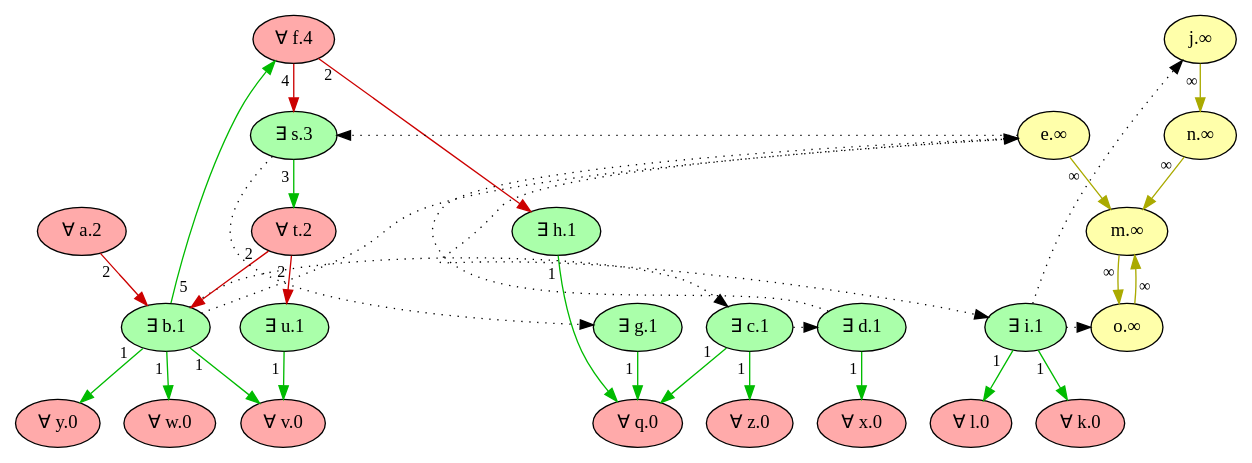
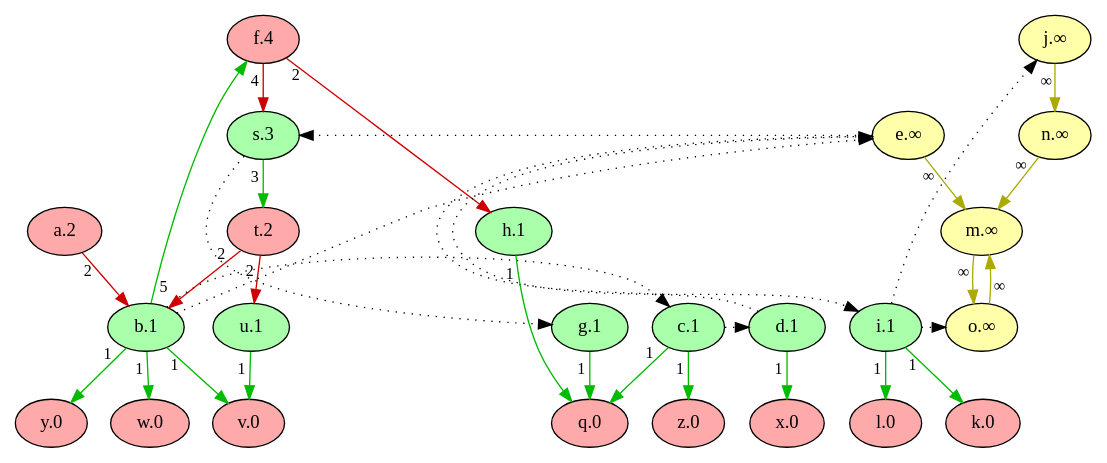
Before and after one commit to idaks/Games-and-Argumentation: the diagram in Refactor/imgs/animal_wm_graph/unfactored_forward_game_wfs.dot, drawn with Graphviz. The commit also changed 46 other files, not shown here.

Commit message:
add more graphviz settings

```diff
--- a/Refactor/imgs/animal_wm_graph/unfactored_forward_game_wfs.dot
+++ b/Refactor/imgs/animal_wm_graph/unfactored_forward_game_wfs.dot
@@ -1,62 +1,62 @@
 digraph {
     // Node defaults can be set here if needed
-    "v" [style="filled" fillcolor="#FFAAAA" label="∀ v.0" fontsize=14]
-    "z" [style="filled" fillcolor="#FFAAAA" label="∀ z.0" fontsize=14]
-    "y" [style="filled" fillcolor="#FFAAAA" label="∀ y.0" fontsize=14]
-    "x" [style="filled" fillcolor="#FFAAAA" label="∀ x.0" fontsize=14]
-    "w" [style="filled" fillcolor="#FFAAAA" label="∀ w.0" fontsize=14]
-    "q" [style="filled" fillcolor="#FFAAAA" label="∀ q.0" fontsize=14]
-    "l" [style="filled" fillcolor="#FFAAAA" label="∀ l.0" fontsize=14]
-    "k" [style="filled" fillcolor="#FFAAAA" label="∀ k.0" fontsize=14]
-    "u" [style="filled" fillcolor="#AAFFAA" label="∃ u.1" fontsize=14]
-    "b" [style="filled" fillcolor="#AAFFAA" label="∃ b.1" fontsize=14]
-    "c" [style="filled" fillcolor="#AAFFAA" label="∃ c.1" fontsize=14]
-    "d" [style="filled" fillcolor="#AAFFAA" label="∃ d.1" fontsize=14]
-    "i" [style="filled" fillcolor="#AAFFAA" label="∃ i.1" fontsize=14]
-    "g" [style="filled" fillcolor="#AAFFAA" label="∃ g.1" fontsize=14]
-    "h" [style="filled" fillcolor="#AAFFAA" label="∃ h.1" fontsize=14]
-    "a" [style="filled" fillcolor="#FFAAAA" label="∀ a.2" fontsize=14]
-    "t" [style="filled" fillcolor="#FFAAAA" label="∀ t.2" fontsize=14]
-    "s" [style="filled" fillcolor="#AAFFAA" label="∃ s.3" fontsize=14]
-    "f" [style="filled" fillcolor="#FFAAAA" label="∀ f.4" fontsize=14]
+    "v" [style="filled" fillcolor="#FFAAAA" label=" v.0" fontsize=14]
+    "z" [style="filled" fillcolor="#FFAAAA" label=" z.0" fontsize=14]
+    "y" [style="filled" fillcolor="#FFAAAA" label=" y.0" fontsize=14]
+    "x" [style="filled" fillcolor="#FFAAAA" label=" x.0" fontsize=14]
+    "w" [style="filled" fillcolor="#FFAAAA" label=" w.0" fontsize=14]
+    "q" [style="filled" fillcolor="#FFAAAA" label=" q.0" fontsize=14]
+    "l" [style="filled" fillcolor="#FFAAAA" label=" l.0" fontsize=14]
+    "k" [style="filled" fillcolor="#FFAAAA" label=" k.0" fontsize=14]
+    "u" [style="filled" fillcolor="#AAFFAA" label=" u.1" fontsize=14]
+    "b" [style="filled" fillcolor="#AAFFAA" label=" b.1" fontsize=14]
+    "c" [style="filled" fillcolor="#AAFFAA" label=" c.1" fontsize=14]
+    "d" [style="filled" fillcolor="#AAFFAA" label=" d.1" fontsize=14]
+    "i" [style="filled" fillcolor="#AAFFAA" label=" i.1" fontsize=14]
+    "g" [style="filled" fillcolor="#AAFFAA" label=" g.1" fontsize=14]
+    "h" [style="filled" fillcolor="#AAFFAA" label=" h.1" fontsize=14]
+    "a" [style="filled" fillcolor="#FFAAAA" label=" a.2" fontsize=14]
+    "t" [style="filled" fillcolor="#FFAAAA" label=" t.2" fontsize=14]
+    "s" [style="filled" fillcolor="#AAFFAA" label=" s.3" fontsize=14]
+    "f" [style="filled" fillcolor="#FFAAAA" label=" f.4" fontsize=14]
     "j" [style="filled" fillcolor="#FFFFAA" label="j.∞" fontsize=14]
     "e" [style="filled" fillcolor="#FFFFAA" label="e.∞" fontsize=14]
     "o" [style="filled" fillcolor="#FFFFAA" label="o.∞" fontsize=14]
     "n" [style="filled" fillcolor="#FFFFAA" label="n.∞" fontsize=14]
     "m" [style="filled" fillcolor="#FFFFAA" label="m.∞" fontsize=14]
     edge[labeldistance=1.5 fontsize=12]
     "a" -> "b" [color="#CC0000" style="solid" dir="forward" taillabel="2" ]
     "t" -> "b" [color="#CC0000" style="solid" dir="forward" taillabel="2" ]
     "b" -> "c" [color="black" style="dotted" dir="forward" taillabel="" constraint=false]
     "c" -> "d" [color="black" style="dotted" dir="forward" taillabel="" constraint=false]
     "b" -> "e" [color="black" style="dotted" dir="forward" taillabel="" constraint=false]
     "d" -> "e" [color="black" style="dotted" dir="forward" taillabel="" constraint=false]
     "b" -> "f" [color="#00BB00" style="solid" dir="forward" taillabel="5" ]
     "s" -> "g" [color="black" style="dotted" dir="forward" taillabel="" constraint=false]
     "f" -> "h" [color="#CC0000" style="solid" dir="forward" taillabel="2" ]
     "e" -> "i" [color="black" style="dotted" dir="forward" taillabel="" constraint=false]
     "i" -> "j" [color="black" style="dotted" dir="forward" taillabel="" constraint=false]
     "i" -> "k" [color="#00BB00" style="solid" dir="forward" taillabel="1" ]
     "i" -> "l" [color="#00BB00" style="solid" dir="forward" taillabel="1" ]
     "e" -> "m" [color="#AAAA00" style="solid" dir="forward" taillabel="∞" ]
     "o" -> "m" [color="#AAAA00" style="solid" dir="forward" taillabel="∞" ]
     "n" -> "m" [color="#AAAA00" style="solid" dir="forward" taillabel="∞" ]
     "j" -> "n" [color="#AAAA00" style="solid" dir="forward" taillabel="∞" ]
     "i" -> "o" [color="black" style="dotted" dir="forward" taillabel="" constraint=false]
     "m" -> "o" [color="#AAAA00" style="solid" dir="forward" taillabel="∞" ]
     "g" -> "q" [color="#00BB00" style="solid" dir="forward" taillabel="1" ]
     "h" -> "q" [color="#00BB00" style="solid" dir="forward" taillabel="1" ]
     "c" -> "q" [color="#00BB00" style="solid" dir="forward" taillabel="1" ]
     "e" -> "s" [color="black" style="dotted" dir="forward" taillabel="" constraint=false]
     "f" -> "s" [color="#CC0000" style="solid" dir="forward" taillabel="4" ]
     "s" -> "t" [color="#00BB00" style="solid" dir="forward" taillabel="3" ]
     "t" -> "u" [color="#CC0000" style="solid" dir="forward" taillabel="2" ]
     "b" -> "v" [color="#00BB00" style="solid" dir="forward" taillabel="1" ]
     "u" -> "v" [color="#00BB00" style="solid" dir="forward" taillabel="1" ]
     "b" -> "w" [color="#00BB00" style="solid" dir="forward" taillabel="1" ]
     "d" -> "x" [color="#00BB00" style="solid" dir="forward" taillabel="1" ]
     "b" -> "y" [color="#00BB00" style="solid" dir="forward" taillabel="1" ]
     "c" -> "z" [color="#00BB00" style="solid" dir="forward" taillabel="1" ]
     {rank = max v z y x w q l k}
     {rank = min f}
 }
```
